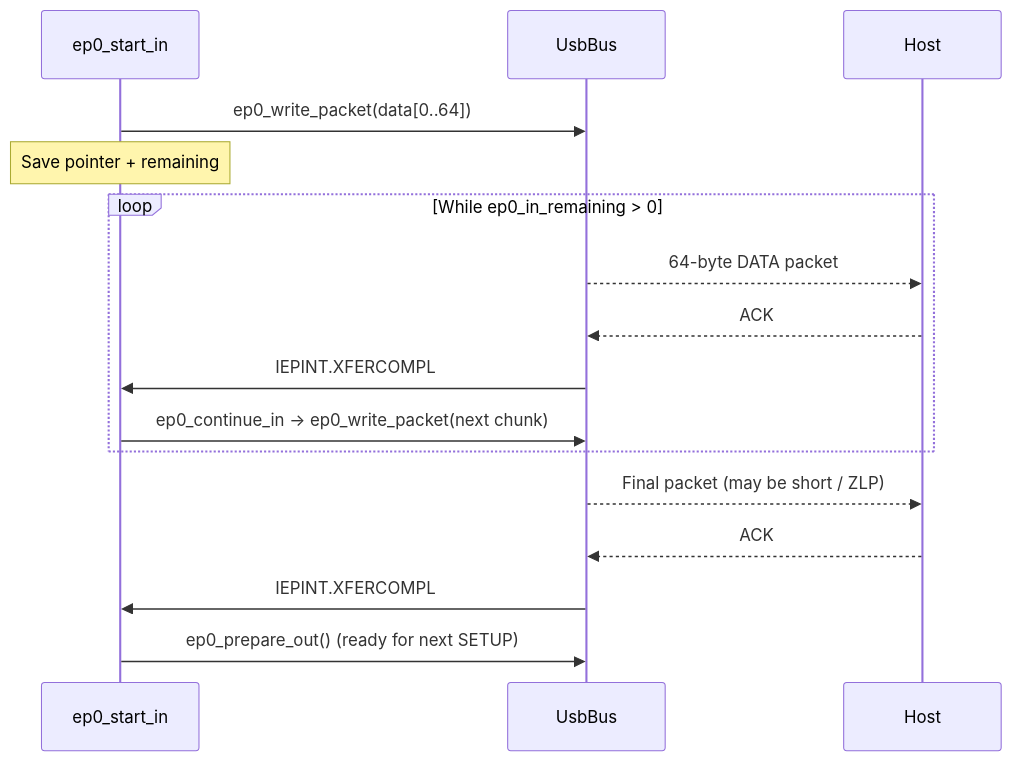
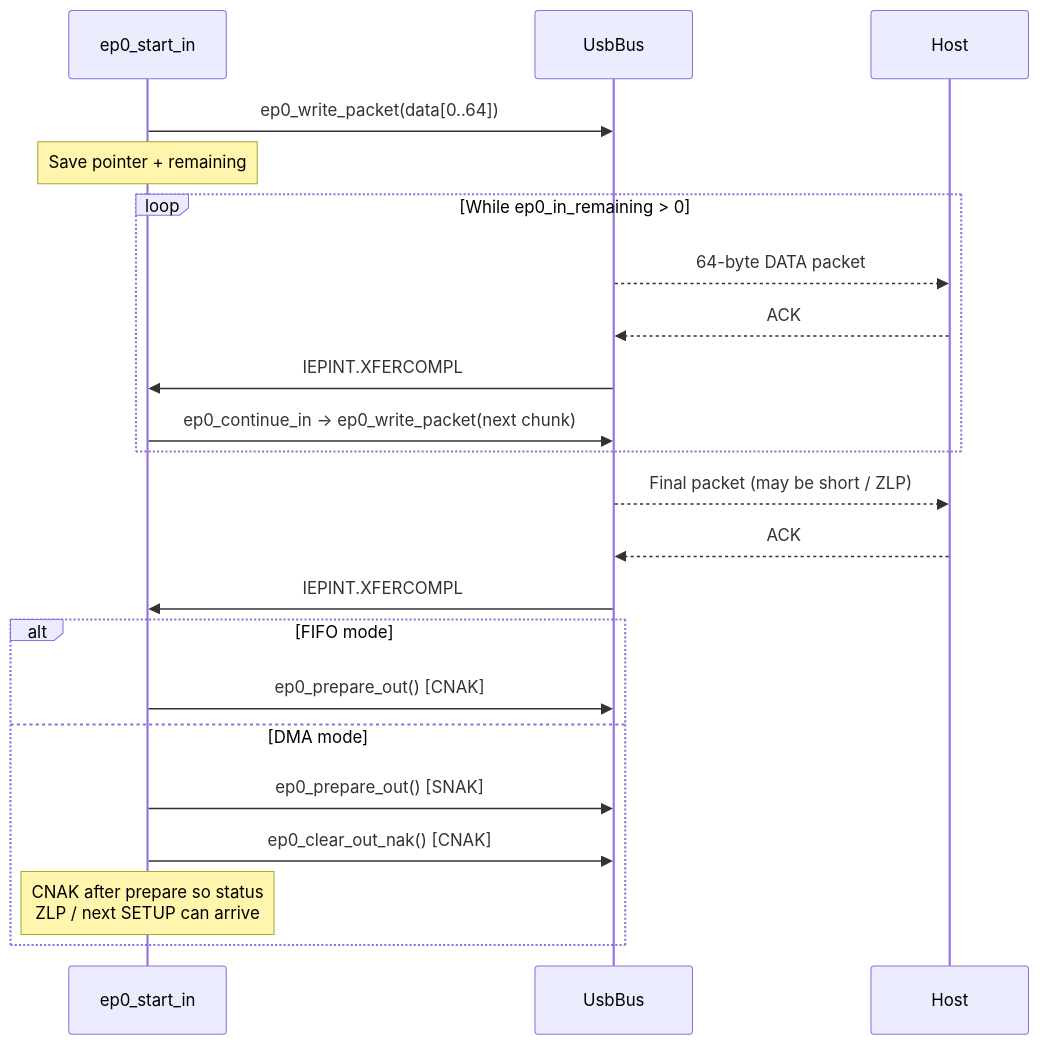
One commit to kromych/slstk3400a-blink-rs changed the fourth of 7 diagrams in support/efm32hg322_usb/README.md. Above: the diagram before and after it, drawn with Mermaid. The commit also changed other lines of this file and 2 other files, not shown here.

Commit message:
fix dma and nack race, barriers

````diff
--- a/support/efm32hg322_usb/README.md
+++ b/support/efm32hg322_usb/README.md
@@ -133,21 +142,28 @@
 ```mermaid
 sequenceDiagram
     participant FW as ep0_start_in
     participant Bus as UsbBus
     participant Host
 
     FW->>Bus: ep0_write_packet(data[0..64])
     Note over FW: Save pointer + remaining
 
     loop While ep0_in_remaining > 0
         Bus-->>Host: 64-byte DATA packet
         Host-->>Bus: ACK
         Bus->>FW: IEPINT.XFERCOMPL
         FW->>Bus: ep0_continue_in → ep0_write_packet(next chunk)
     end
 
     Bus-->>Host: Final packet (may be short / ZLP)
     Host-->>Bus: ACK
     Bus->>FW: IEPINT.XFERCOMPL
-    FW->>Bus: ep0_prepare_out() (ready for next SETUP)
+
+    alt FIFO mode
+        FW->>Bus: ep0_prepare_out() [CNAK]
+    else DMA mode
+        FW->>Bus: ep0_prepare_out() [SNAK]
+        FW->>Bus: ep0_clear_out_nak() [CNAK]
+        Note over FW: CNAK after prepare so status<br/>ZLP / next SETUP can arrive
+    end
 ```
````
